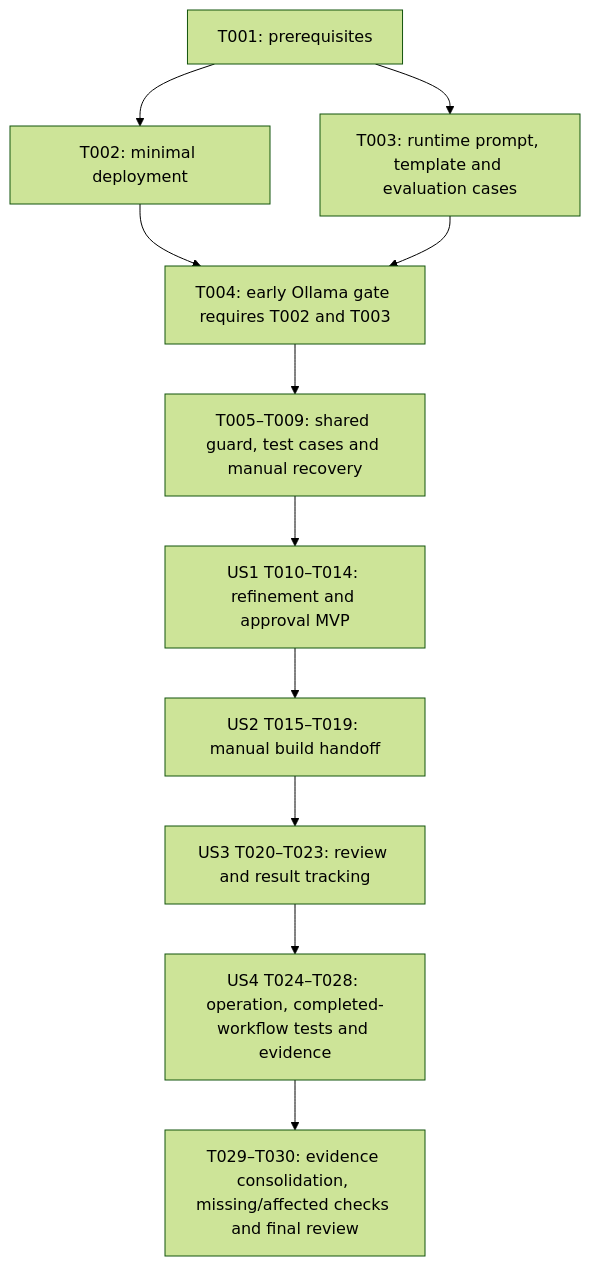
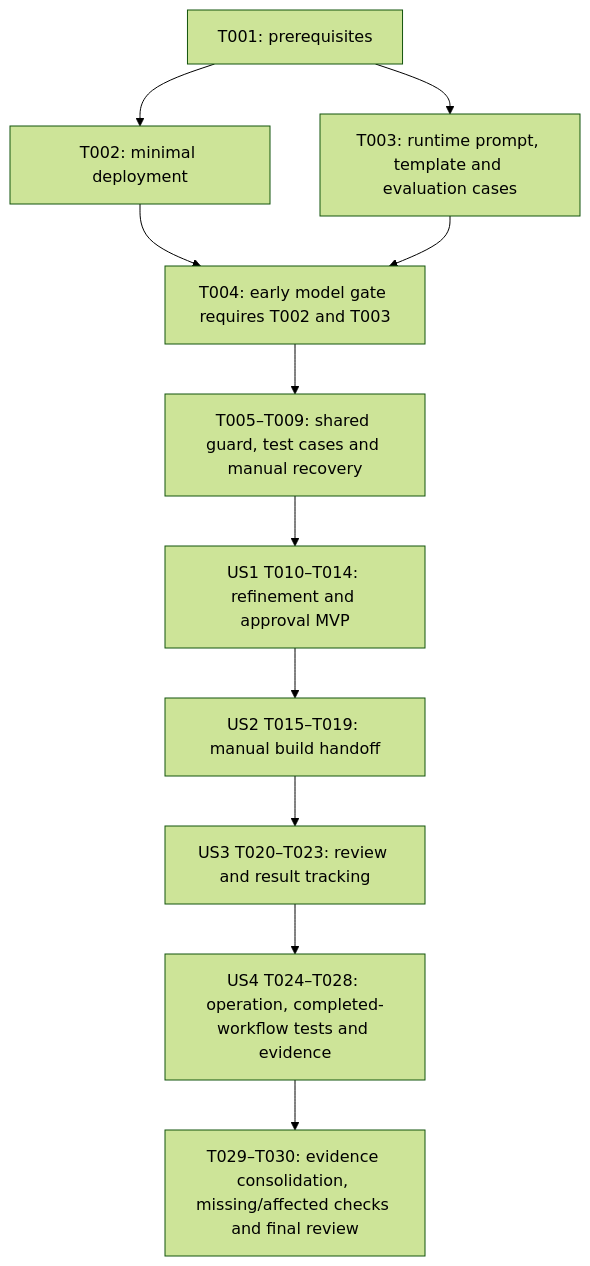
The diagram in specs/001-basic-a-factory/tasks.md (MBroholm/software-factory), drawn with Mermaid (forest theme) before and after one commit. The commit also changed other lines of this file and 15 other files, not shown here.

````diff
--- a/specs/001-basic-a-factory/tasks.md
+++ b/specs/001-basic-a-factory/tasks.md
@@ -135,13 +144,13 @@
 ```mermaid
 flowchart TD
     Setup["T001: prerequisites"] --> Deploy["T002: minimal deployment"]
     Setup --> Prompt["T003: runtime prompt, template and evaluation cases"]
-    Deploy --> Model["T004: early Ollama gate requires T002 and T003"]
+    Deploy --> Model["T004: early model gate requires T002 and T003"]
     Prompt --> Model
     Model --> Guard["T005–T009: shared guard, test cases and manual recovery"]
     Guard --> US1["US1 T010–T014: refinement and approval MVP"]
     US1 --> US2["US2 T015–T019: manual build handoff"]
     US2 --> US3["US3 T020–T023: review and result tracking"]
     US3 --> US4["US4 T024–T028: operation, completed-workflow tests and evidence"]
     US4 --> Review["T029–T030: evidence consolidation, missing/affected checks and final review"]
 ```
````
